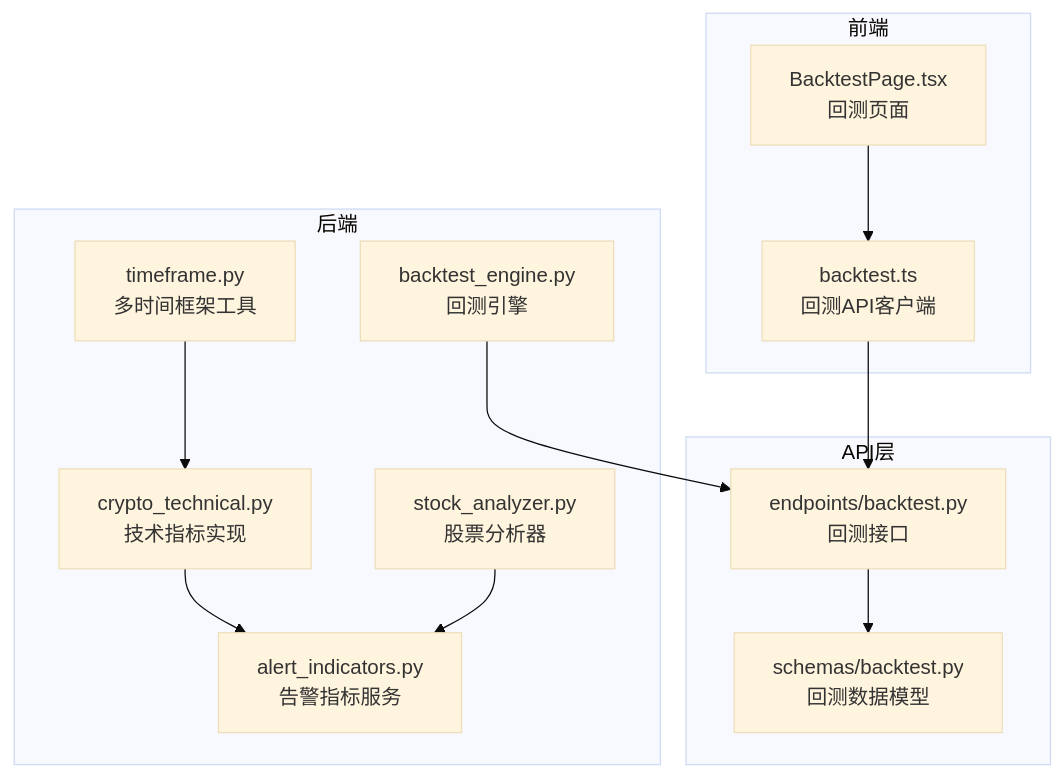
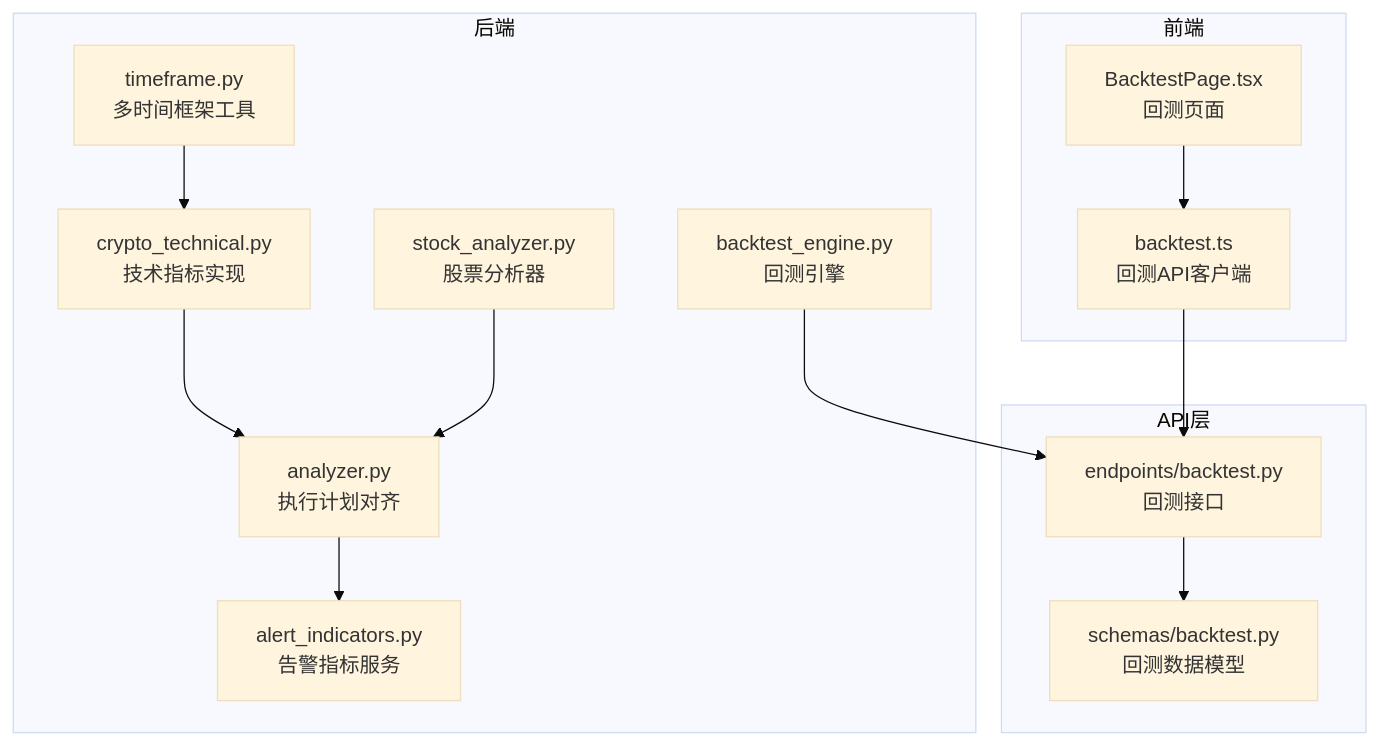
One commit to anYaoooo/daily_stock_analysis changed the first of 10 diagrams in .qoder/repowiki/zh/content/交易策略系统/技术指标系统.md. Above: the diagram before and after it, drawn with Mermaid (base theme). The commit also changed other lines of this file and 23 other files, not shown here.

````diff
--- a/.qoder/repowiki/zh/content/交易策略系统/技术指标系统.md
+++ b/.qoder/repowiki/zh/content/交易策略系统/技术指标系统.md
@@ -40,25 +49,27 @@
 ```mermaid
 graph TB
 subgraph "后端"
 A["crypto_technical.py<br/>技术指标实现"]
 B["stock_analyzer.py<br/>股票分析器"]
-C["alert_indicators.py<br/>告警指标服务"]
-D["timeframe.py<br/>多时间框架工具"]
-E["backtest_engine.py<br/>回测引擎"]
+C["analyzer.py<br/>执行计划对齐"]
+D["alert_indicators.py<br/>告警指标服务"]
+E["timeframe.py<br/>多时间框架工具"]
+F["backtest_engine.py<br/>回测引擎"]
 end
 subgraph "API层"
-F["endpoints/backtest.py<br/>回测接口"]
-G["schemas/backtest.py<br/>回测数据模型"]
+G["endpoints/backtest.py<br/>回测接口"]
+H["schemas/backtest.py<br/>回测数据模型"]
 end
 subgraph "前端"
-H["backtest.ts<br/>回测API客户端"]
-I["BacktestPage.tsx<br/>回测页面"]
+I["backtest.ts<br/>回测API客户端"]
+J["BacktestPage.tsx<br/>回测页面"]
 end
 A --> C
 B --> C
-D --> A
-E --> F
+C --> D
+E --> A
 F --> G
-H --> F
-I --> H
+G --> H
+I --> G
+J --> I
 ```
````
